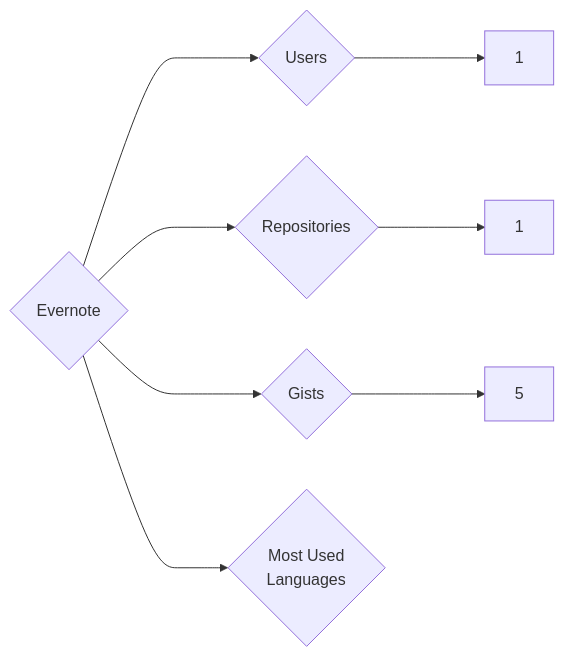
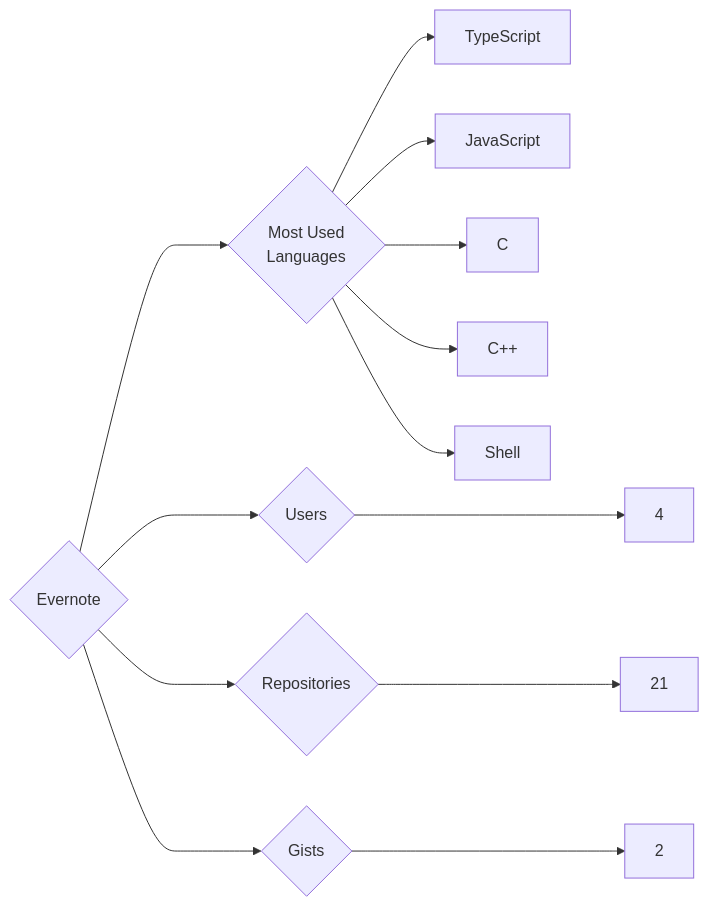
Before and after one commit to trickest/insiders: the diagram in targets/Evernote/README.md, drawn with Mermaid. The commit also changed 873 other files, not shown here.

````diff
--- a/targets/Evernote/README.md
+++ b/targets/Evernote/README.md
@@ -3,8 +3,13 @@
 ```mermaid
 graph LR
 COMPANY_NAME{Evernote}
-COMPANY_NAME ---> U{Users} ---> UN[1]
-COMPANY_NAME ---> R{Repositories} ---> RN[1]
-COMPANY_NAME ---> G{Gists} ---> GN[5]
+COMPANY_NAME ---> U{Users} ---> UN[4]
+COMPANY_NAME ---> R{Repositories} ---> RN[21]
+COMPANY_NAME ---> G{Gists} ---> GN[2]
 COMPANY_NAME ---> ML{Most Used<br>Languages}
+ML --> TypeScript[TypeScript]
+ML --> JavaScript[JavaScript]
+ML --> C[C]
+ML --> C++[C++]
+ML --> Shell[Shell]
 ```
````
